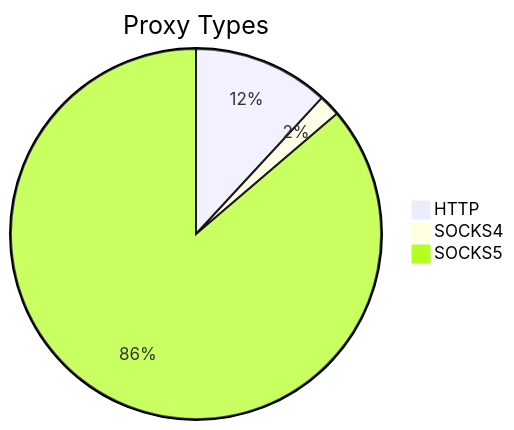
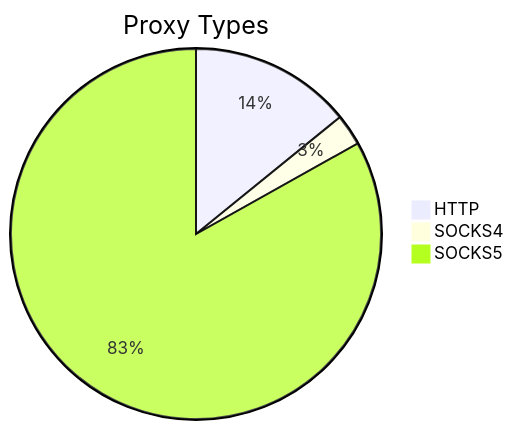
Before and after one commit to stormsia/proxy-list: the first of 2 diagrams in README.md, drawn with Mermaid. The commit also changed other lines of this file, not shown here.

````diff
--- a/README.md
+++ b/README.md
@@ -21,6 +21,6 @@
 ```mermaid
 pie title Proxy Types
-    "HTTP" : 171
-    "SOCKS4" : 27
-    "SOCKS5" : 1242
+    "HTTP" : 145
+    "SOCKS4" : 28
+    "SOCKS5" : 852
 ```
````
